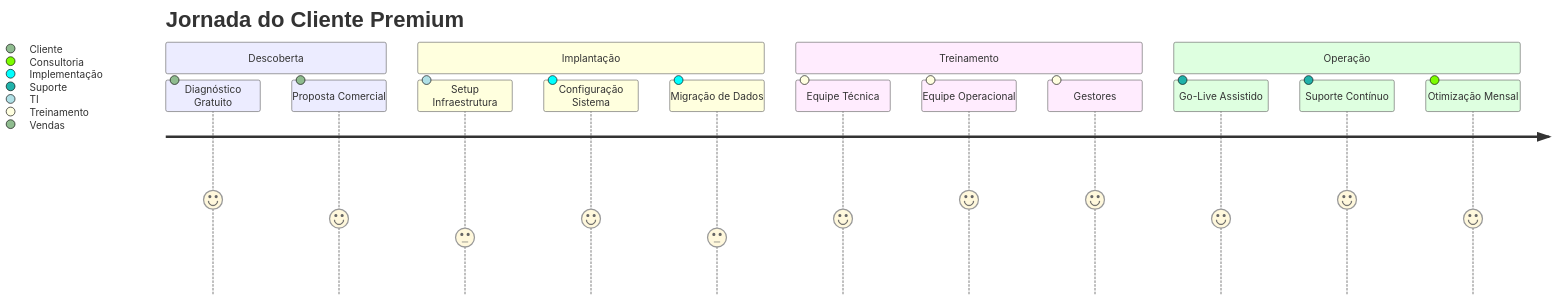
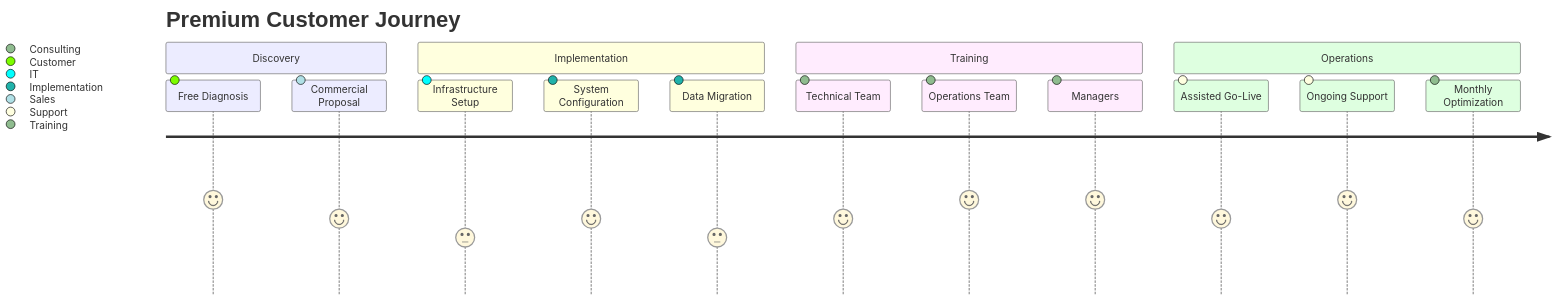
The seventh of 12 diagrams in docs/MONETIZATION.md (RenanLisboa8/n8n-clinic-multiagent), drawn with Mermaid before and after one commit. The commit also changed other lines of this file and 4 other files, not shown here.

First line of the commit message:
Update documentation and diagrams for improved clarity and accessibility

````diff
--- a/docs/MONETIZATION.md
+++ b/docs/MONETIZATION.md
@@ -238,19 +242,19 @@
 ```mermaid
 journey
-    title Jornada do Cliente Premium
-    section Descoberta
-      Diagnóstico Gratuito: 5: Cliente
-      Proposta Comercial: 4: Vendas
-    section Implantação
-      Setup Infraestrutura: 3: TI
-      Configuração Sistema: 4: Implementação
-      Migração de Dados: 3: Implementação
-    section Treinamento
-      Equipe Técnica: 4: Treinamento
-      Equipe Operacional: 5: Treinamento
-      Gestores: 5: Treinamento
-    section Operação
-      Go-Live Assistido: 4: Suporte
-      Suporte Contínuo: 5: Suporte
-      Otimização Mensal: 4: Consultoria
+    title Premium Customer Journey
+    section Discovery
+      Free Diagnosis: 5: Customer
+      Commercial Proposal: 4: Sales
+    section Implementation
+      Infrastructure Setup: 3: IT
+      System Configuration: 4: Implementation
+      Data Migration: 3: Implementation
+    section Training
+      Technical Team: 4: Training
+      Operations Team: 5: Training
+      Managers: 5: Training
+    section Operations
+      Assisted Go-Live: 4: Support
+      Ongoing Support: 5: Support
+      Monthly Optimization: 4: Consulting
 ```
````
